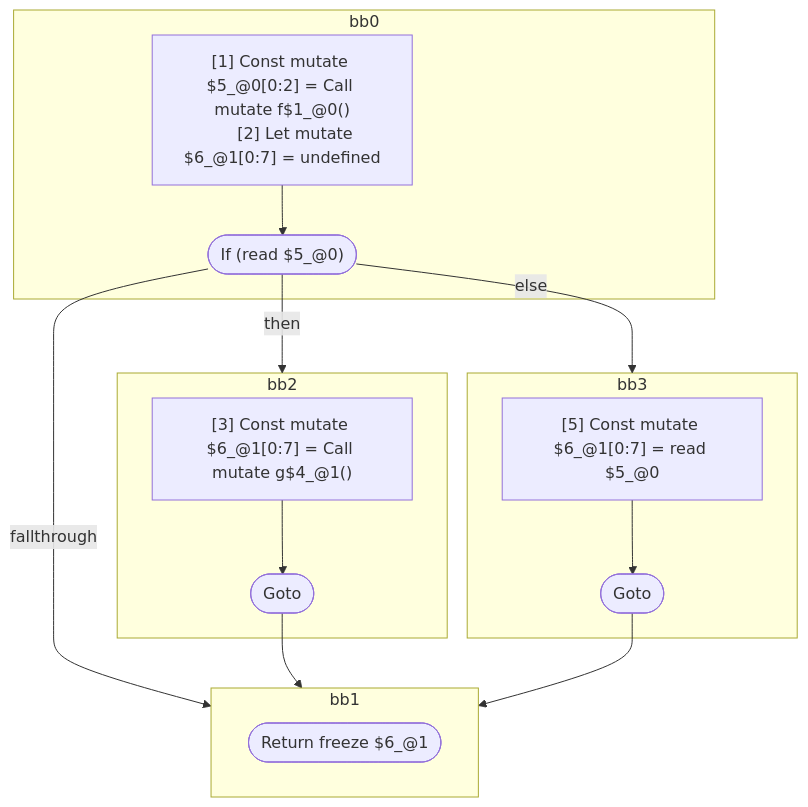
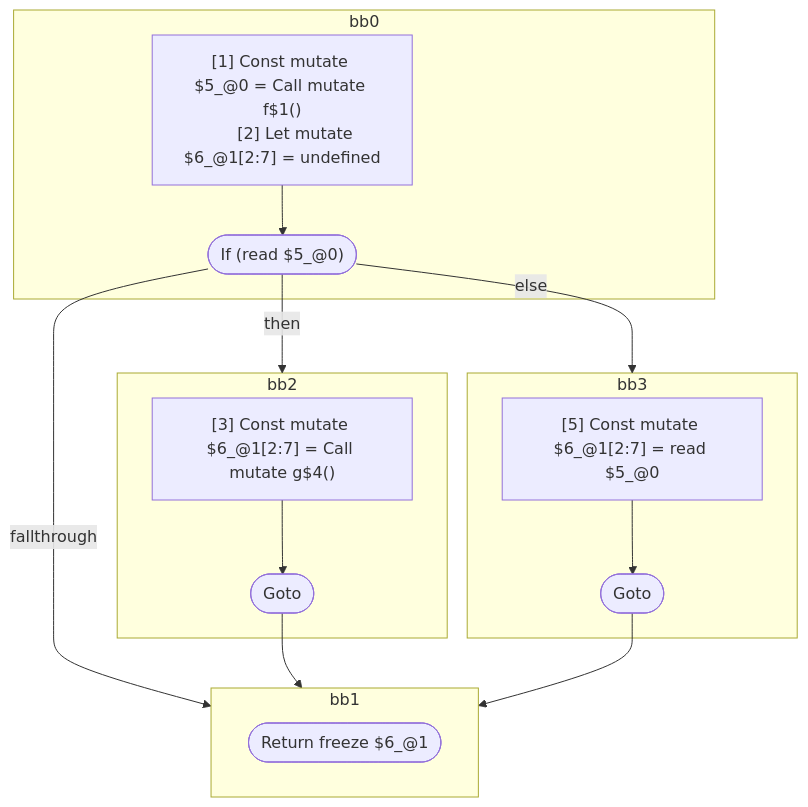
One commit to wutsmog/private changed the first of 5 diagrams in compiler/forget/src/__tests__/fixtures/hir/logical-expression.expect.md. Above: the diagram before and after it, drawn with Mermaid. The commit also changed other lines of this file and 100 other files, not shown here.

````diff
--- a/compiler/forget/src/__tests__/fixtures/hir/logical-expression.expect.md
+++ b/compiler/forget/src/__tests__/fixtures/hir/logical-expression.expect.md
@@ -45,34 +68,34 @@
 ```mermaid
 flowchart TB
   %% Basic Blocks
   subgraph bb0
     bb0_instrs["
-      [1] Const mutate $5_@0[0:2] = Call mutate f$1_@0()
-      [2] Let mutate $6_@1[0:7] = undefined
+      [1] Const mutate $5_@0 = Call mutate f$1()
+      [2] Let mutate $6_@1[2:7] = undefined
     "]
     bb0_instrs --> bb0_terminal(["If (read $5_@0)"])
   end
   subgraph bb2
     bb2_instrs["
-      [3] Const mutate $6_@1[0:7] = Call mutate g$4_@1()
+      [3] Const mutate $6_@1[2:7] = Call mutate g$4()
     "]
     bb2_instrs --> bb2_terminal(["Goto"])
   end
   subgraph bb3
     bb3_instrs["
-      [5] Const mutate $6_@1[0:7] = read $5_@0
+      [5] Const mutate $6_@1[2:7] = read $5_@0
     "]
     bb3_instrs --> bb3_terminal(["Goto"])
   end
   subgraph bb1
     bb1_terminal(["Return freeze $6_@1"])
   end
 
   %% Jumps
   bb0_terminal -- "then" --> bb2
   bb0_terminal -- "else" --> bb3
   bb0_terminal -- "fallthrough" --> bb1
   bb2_terminal --> bb1
   bb3_terminal --> bb1
 
 ```
````
